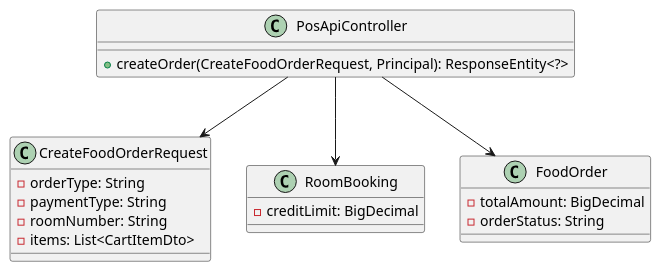
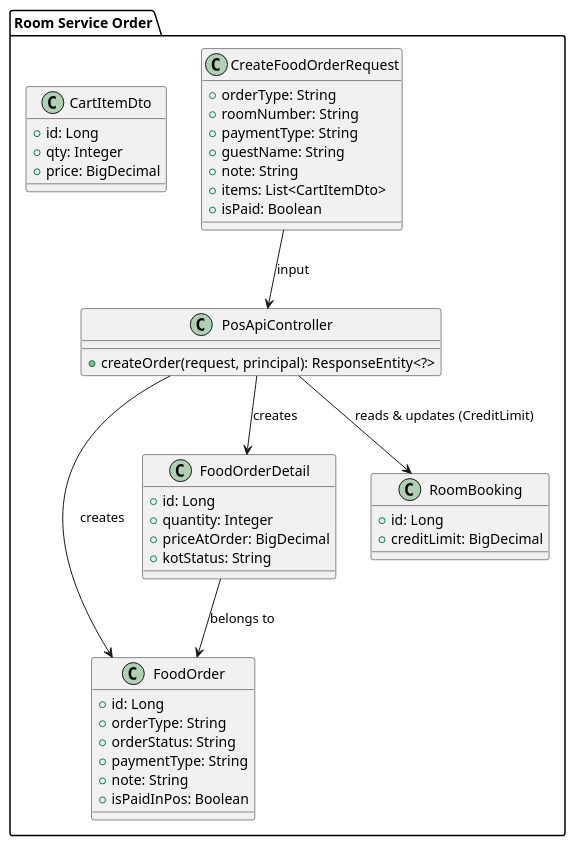
The first of 6 diagrams in 06-Testing/mod3_pos/uc14/EDS_uc14_SPEC.md (Luuxinhxinh/hoanien-resort), drawn with PlantUML before and after one commit. The commit also changed other lines of this file and 15 other files, not shown here.

````diff
--- a/06-Testing/mod3_pos/uc14/EDS_uc14_SPEC.md
+++ b/06-Testing/mod3_pos/uc14/EDS_uc14_SPEC.md
@@ -107,27 +189,52 @@
 ```plantuml
-@startuml
-class PosApiController {
-  +createOrder(CreateFoodOrderRequest, Principal): ResponseEntity<?>
+@startuml UC17-OrderFoodOnline
+package "Room Service Order" {
+    class CreateFoodOrderRequest {
+      +orderType: String
+      +roomNumber: String
+      +paymentType: String
+      +guestName: String
+      +note: String
+      +items: List<CartItemDto>
+      +isPaid: Boolean
+    }
+
+    class CartItemDto {
+      +id: Long
+      +qty: Integer
+      +price: BigDecimal
+    }
+
+    class PosApiController {
+      +createOrder(request, principal): ResponseEntity<?>
+    }
+
+    class FoodOrder {
+      +id: Long
+      +orderType: String
+      +orderStatus: String
+      +paymentType: String
+      +note: String
+      +isPaidInPos: Boolean
+    }
+
+    class FoodOrderDetail {
+      +id: Long
+      +quantity: Integer
+      +priceAtOrder: BigDecimal
+      +kotStatus: String
+    }
+
+    class RoomBooking {
+      +id: Long
+      +creditLimit: BigDecimal
+    }
 }
 
-class CreateFoodOrderRequest {
-  -orderType: String
-  -paymentType: String
-  -roomNumber: String
-  -items: List<CartItemDto>
-}
-
-class RoomBooking {
-  -creditLimit: BigDecimal
-}
-
-class FoodOrder {
-  -totalAmount: BigDecimal
-  -orderStatus: String
-}
-
-PosApiController --> CreateFoodOrderRequest
-PosApiController --> RoomBooking
-PosApiController --> FoodOrder
+CreateFoodOrderRequest --> PosApiController : input
+PosApiController --> FoodOrder : creates
+PosApiController --> FoodOrderDetail : creates
+PosApiController --> RoomBooking : reads & updates (CreditLimit)
+FoodOrderDetail --> FoodOrder : belongs to
 @enduml
 ```
````
